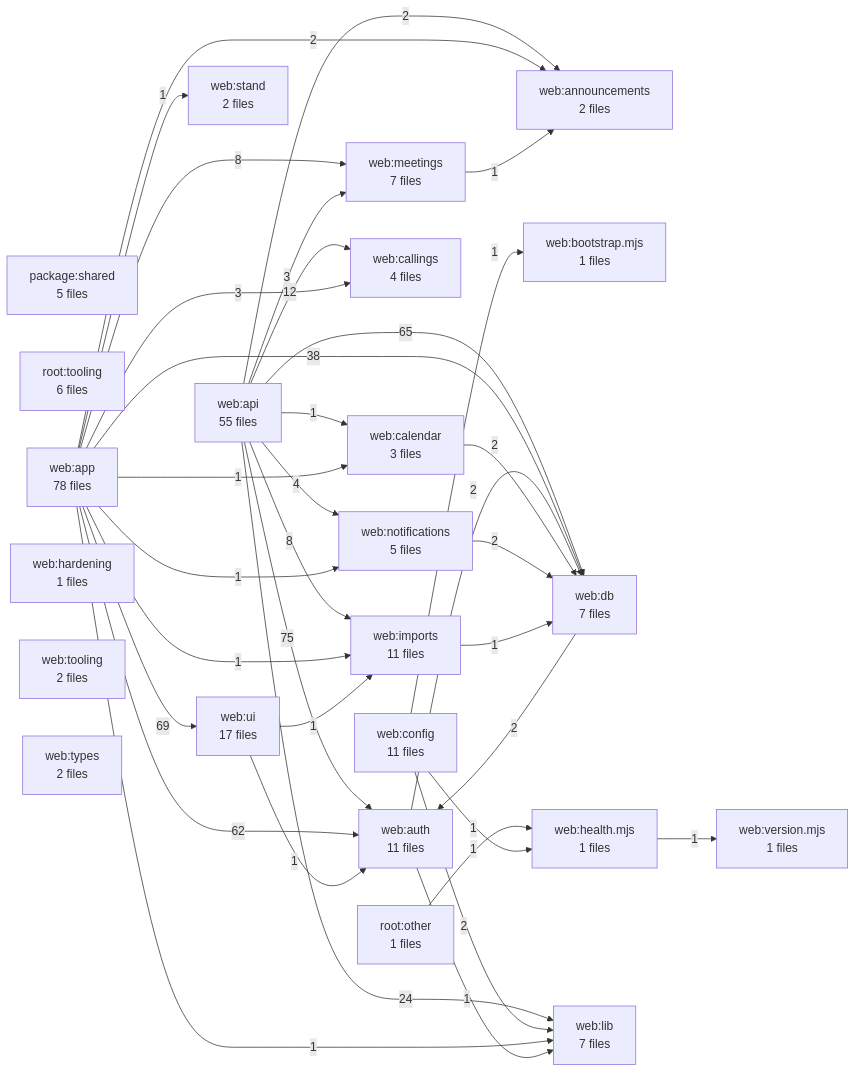
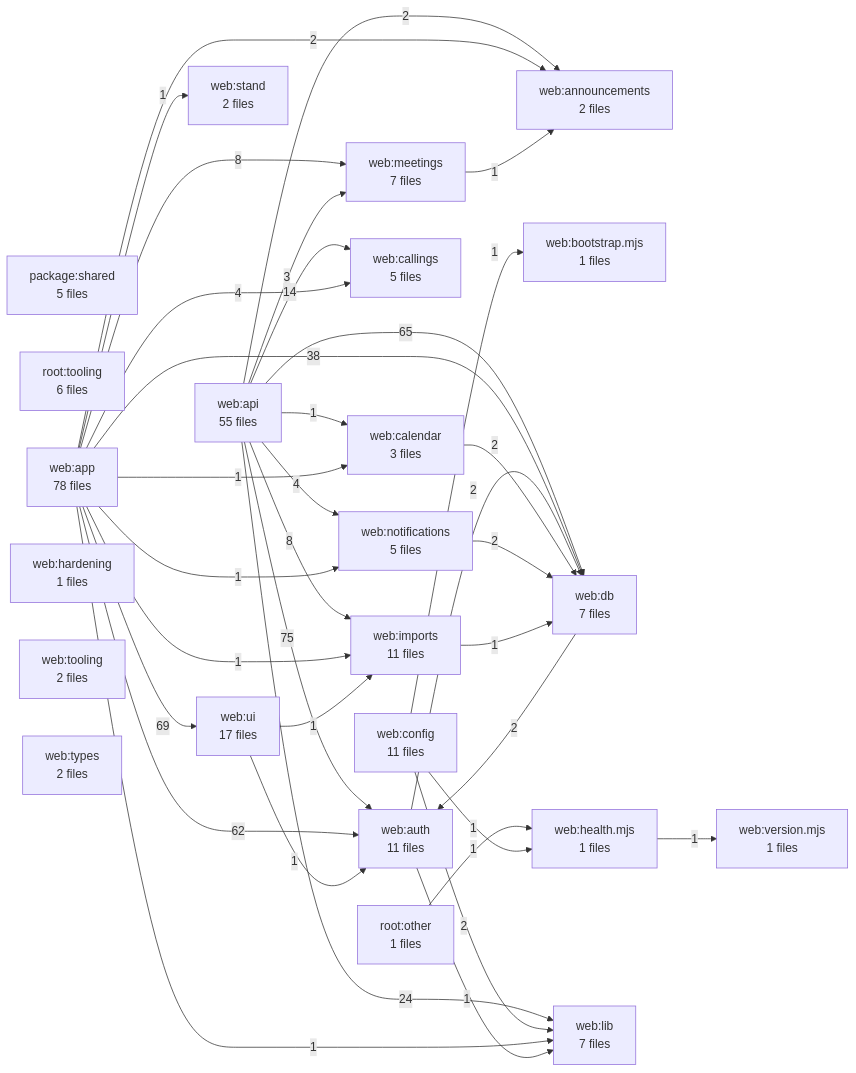
The diagram in docs/DEPENDENCY_GRAPH.md (kalebhall/the-stand), drawn with Mermaid before and after one commit. The commit also changed other lines of this file and 4 other files, not shown here.

````diff
--- a/docs/DEPENDENCY_GRAPH.md
+++ b/docs/DEPENDENCY_GRAPH.md
@@ -11,60 +11,60 @@
 ```mermaid
 flowchart LR
   A1["package:shared<br/>5 files"]
   A2["root:other<br/>1 files"]
   A3["root:tooling<br/>6 files"]
   A4["web:announcements<br/>2 files"]
   A5["web:api<br/>55 files"]
   A6["web:app<br/>78 files"]
   A7["web:auth<br/>11 files"]
   A8["web:bootstrap.mjs<br/>1 files"]
   A9["web:calendar<br/>3 files"]
-  A10["web:callings<br/>4 files"]
+  A10["web:callings<br/>5 files"]
   A11["web:config<br/>11 files"]
   A12["web:db<br/>7 files"]
   A13["web:hardening<br/>1 files"]
   A14["web:health.mjs<br/>1 files"]
   A15["web:imports<br/>11 files"]
   A16["web:lib<br/>7 files"]
   A17["web:meetings<br/>7 files"]
   A18["web:notifications<br/>5 files"]
   A19["web:stand<br/>2 files"]
   A20["web:tooling<br/>2 files"]
   A21["web:types<br/>2 files"]
   A22["web:ui<br/>17 files"]
   A23["web:version.mjs<br/>1 files"]
   A5 -->|75| A7
   A6 -->|69| A22
   A5 -->|65| A12
   A6 -->|62| A7
   A6 -->|38| A12
   A5 -->|24| A16
-  A5 -->|12| A10
+  A5 -->|14| A10
   A5 -->|8| A15
   A6 -->|8| A17
   A5 -->|4| A18
+  A6 -->|4| A10
   A5 -->|3| A17
-  A6 -->|3| A10
   A5 -->|2| A4
   A6 -->|2| A4
   A7 -->|2| A12
   A9 -->|2| A12
   A11 -->|2| A16
   A12 -->|2| A7
   A18 -->|2| A12
   A2 -->|1| A14
   A5 -->|1| A9
   A6 -->|1| A9
   A6 -->|1| A15
   A6 -->|1| A16
   A6 -->|1| A18
   A6 -->|1| A19
   A7 -->|1| A16
   A11 -->|1| A8
   A11 -->|1| A14
   A14 -->|1| A23
   A15 -->|1| A12
   A17 -->|1| A4
   A22 -->|1| A7
   A22 -->|1| A15
 ```
````
